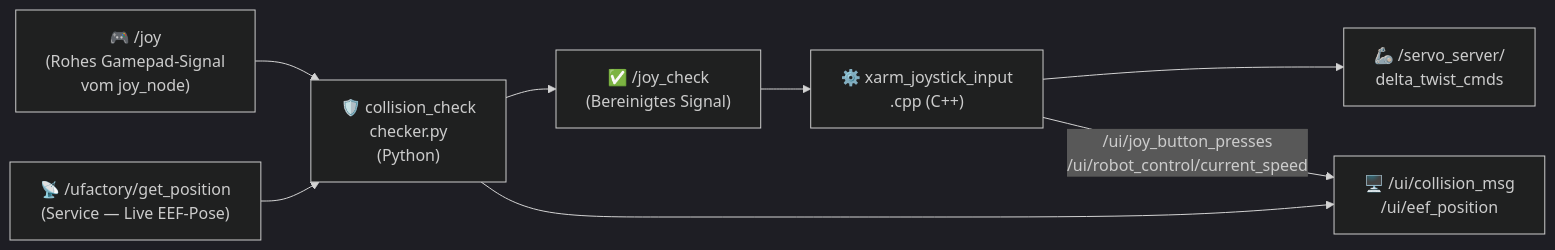
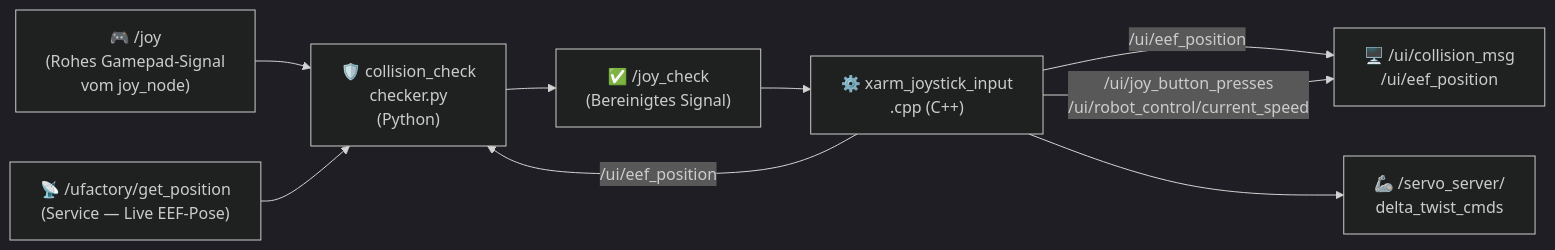
One commit to lu4k87/my_xarm_lite6-extended changed the diagram in readme-de.md. Above: the diagram before and after it, drawn with Mermaid (dark theme). The commit also changed other lines of this file and 5 other files, not shown here.

Commit message:
Refactor telemetry: centralize /ui/eef_position publisher to joy node, update documentation

````diff
--- a/readme-de.md
+++ b/readme-de.md
@@ -353,18 +353,19 @@
 ```mermaid
 flowchart LR
     JOY["🎮 /joy\n(Rohes Gamepad-Signal\nvom joy_node)"]
     CHECKER["🛡️ collision_check\nchecker.py\n(Python)"]
     JOY_CHECK["✅ /joy_check\n(Bereinigtes Signal)"]
     CPP["⚙️ xarm_joystick_input\n.cpp (C++)"]
     SERVO["🦾 /servo_server/\ndelta_twist_cmds"]
     POS["📡 /ufactory/get_position\n(Service — Live EEF-Pose)"]
     UI["🖥️ /ui/collision_msg\n/ui/eef_position"]
 
     JOY --> CHECKER
     POS --> CHECKER
     CHECKER --> JOY_CHECK
-    CHECKER --> UI
+    CPP --> |"/ui/eef_position"| CHECKER
+    CPP --> |"/ui/eef_position"| UI
     JOY_CHECK --> CPP
     CPP --> SERVO
     CPP --> |"/ui/joy_button_presses\n/ui/robot_control/current_speed"| UI
 ```
````
